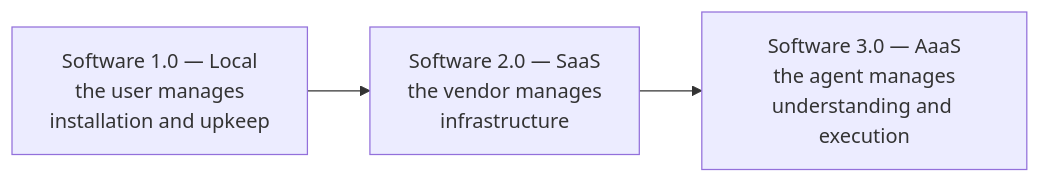
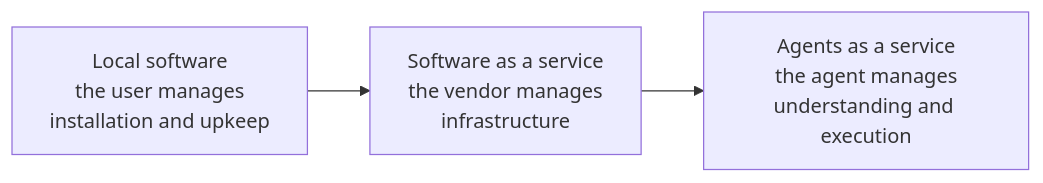
Before and after one commit to ttoss/ttoss: the first of 2 diagrams in docs/website/docs/engineering/why-engineering-is-changing.md, drawn with Mermaid. The commit also changed other lines of this file and 5 other files, not shown here.

````diff
--- a/docs/website/docs/engineering/why-engineering-is-changing.md
+++ b/docs/website/docs/engineering/why-engineering-is-changing.md
@@ -14,7 +12,7 @@
 ```mermaid
 flowchart LR
-    S1["Software 1.0 — Local<br/>the user manages<br/>installation and upkeep"]
-    S2["Software 2.0 — SaaS<br/>the vendor manages<br/>infrastructure"]
-    S3["Software 3.0 — AaaS<br/>the agent manages<br/>understanding and execution"]
+    S1["Local software<br/>the user manages<br/>installation and upkeep"]
+    S2["Software as a service<br/>the vendor manages<br/>infrastructure"]
+    S3["Agents as a service<br/>the agent manages<br/>understanding and execution"]
     S1 --> S2 --> S3
 ```
````
